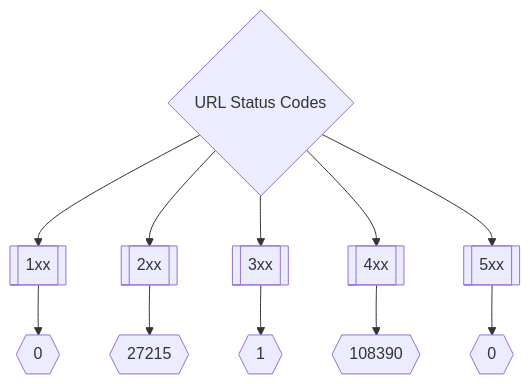
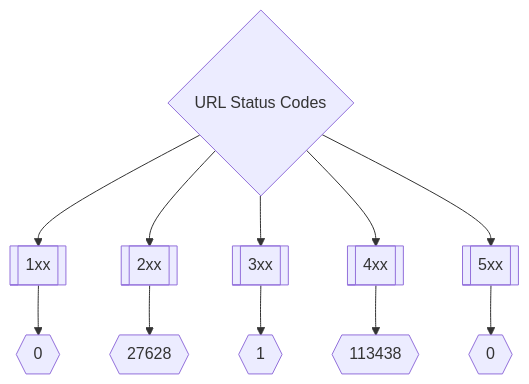
Before and after one commit to trickest/inventory: the second of 3 diagrams in README.md, drawn with Mermaid. The commit also changed other lines of this file and 97 other files, not shown here.

````diff
--- a/README.md
+++ b/README.md
@@ -173,8 +173,8 @@
 ```mermaid
 graph TD
 title{URL Status Codes} --> 1xx[[1xx]] --> status1xxNum{{0}}
-title --> 2xx[[2xx]] --> status2xxNum{{27215}}
+title --> 2xx[[2xx]] --> status2xxNum{{27628}}
 title --> 3xx[[3xx]] --> status3xxNum{{1}}
-title --> 4xx[[4xx]] --> status4xxNum{{108390}}
+title --> 4xx[[4xx]] --> status4xxNum{{113438}}
 title --> 5xx[[5xx]] --> status5xxNum{{0}}
 ```
````
